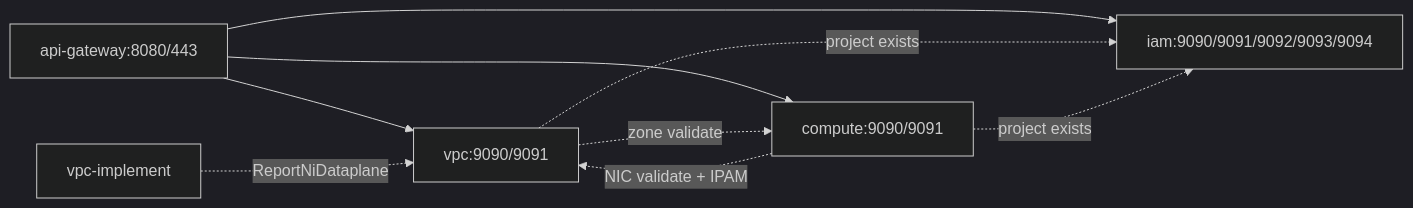
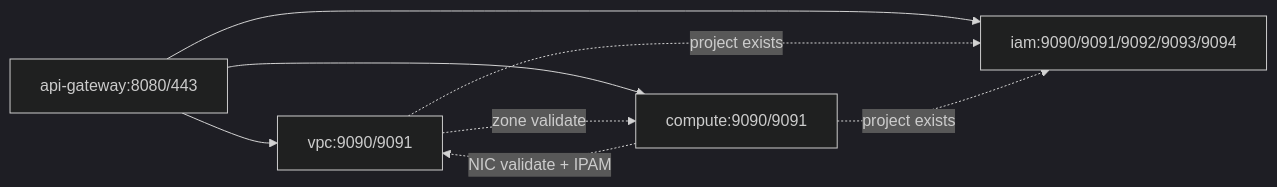
One commit to PRO-Robotech/kacho-workspace changed the second of 10 diagrams in obsidian/kacho/architecture.md. Above: the diagram before and after it, drawn with Mermaid (dark theme). The commit also changed 47 other files, not shown here.

````diff
--- a/obsidian/kacho/architecture.md
+++ b/obsidian/kacho/architecture.md
@@ -61,11 +61,10 @@
 ```mermaid
 graph LR
     apigw[api-gateway:8080/443] --> iam[iam:9090/9091/9092/9093/9094]
     apigw --> vpc[vpc:9090/9091]
     apigw --> compute[compute:9090/9091]
     vpc -.zone validate.-> compute
     compute -.NIC validate + IPAM.-> vpc
     vpc -.project exists.-> iam
     compute -.project exists.-> iam
-    vpcimpl[vpc-implement] -.ReportNiDataplane.-> vpc
 ```
````
